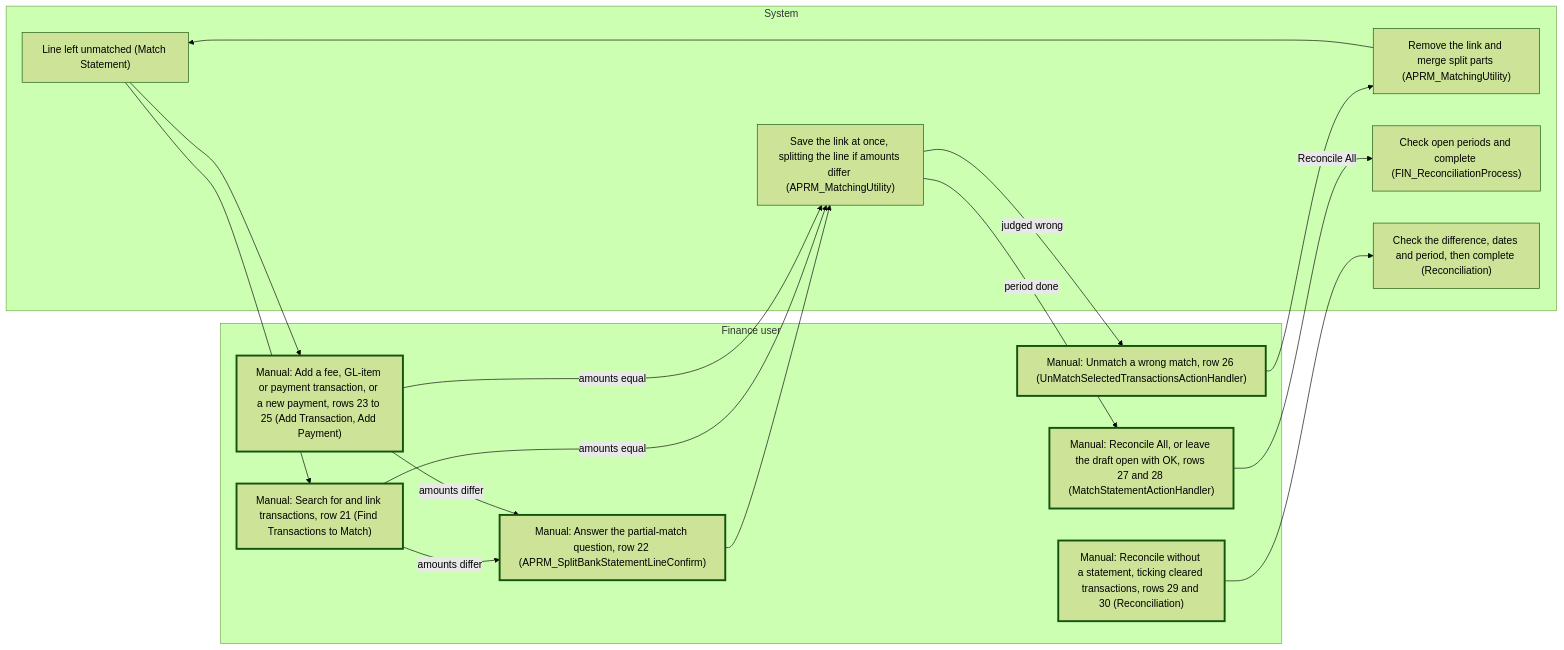
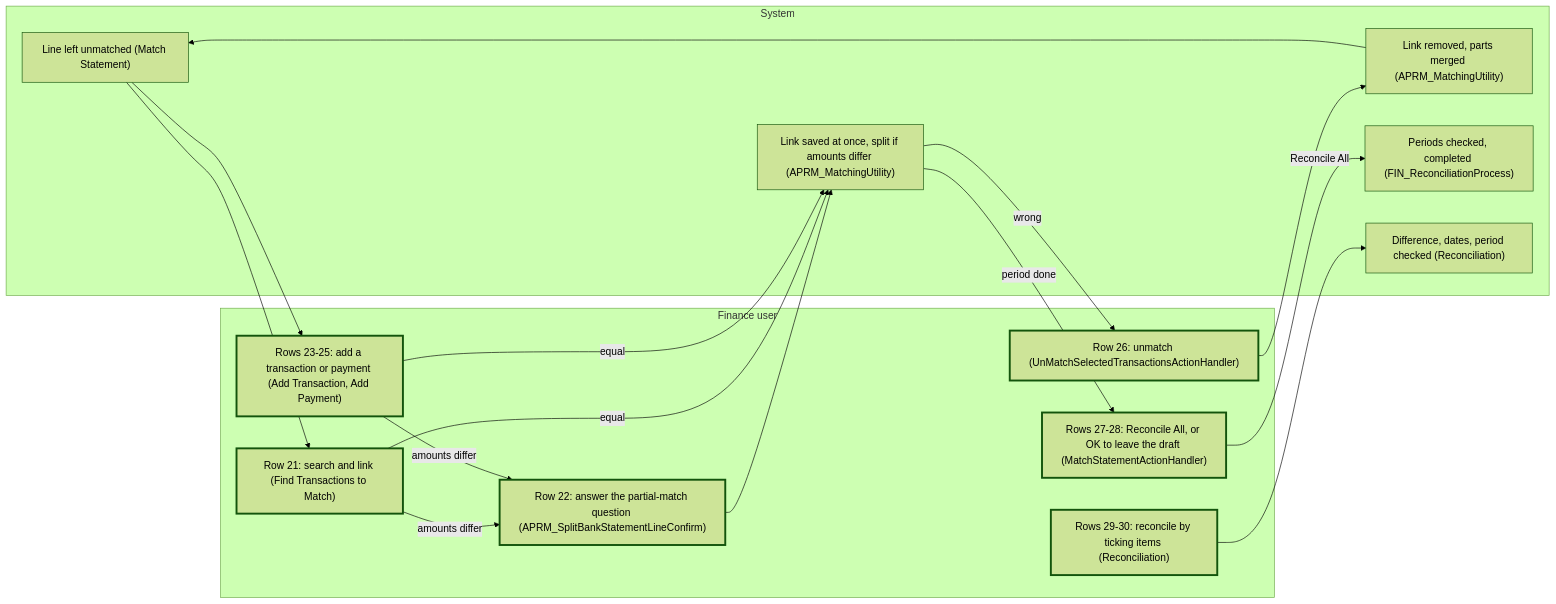
One commit to blitzy-public-samples/openbravo-erp changed the sixth of 9 diagrams in docs/analysis/analysis-1-current-state-reconciliation.md. Above: the diagram before and after it, drawn with Mermaid (forest theme). The commit also changed other lines of this file and 1 other file, not shown here.

````diff
--- a/docs/analysis/analysis-1-current-state-reconciliation.md
+++ b/docs/analysis/analysis-1-current-state-reconciliation.md
@@ -292,33 +292,33 @@
 ```mermaid
 flowchart LR
   subgraph System["System"]
     S1["Line left unmatched (Match Statement)"]
-    S2["Save the link at once, splitting the line if amounts differ (APRM_MatchingUtility)"]
-    S3["Remove the link and merge split parts (APRM_MatchingUtility)"]
-    S4["Check open periods and complete (FIN_ReconciliationProcess)"]
-    S5["Check the difference, dates and period, then complete (Reconciliation)"]
+    S2["Link saved at once, split if amounts differ (APRM_MatchingUtility)"]
+    S3["Link removed, parts merged (APRM_MatchingUtility)"]
+    S4["Periods checked, completed (FIN_ReconciliationProcess)"]
+    S5["Difference, dates, period checked (Reconciliation)"]
   end
   subgraph People["Finance user"]
-    M21["Manual: Search for and link transactions, row 21 (Find Transactions to Match)"]
-    M22["Manual: Answer the partial-match question, row 22 (APRM_SplitBankStatementLineConfirm)"]
-    M23["Manual: Add a fee, GL-item or payment transaction, or a new payment, rows 23 to 25 (Add Transaction, Add Payment)"]
-    M26["Manual: Unmatch a wrong match, row 26 (UnMatchSelectedTransactionsActionHandler)"]
-    M27["Manual: Reconcile All, or leave the draft open with OK, rows 27 and 28 (MatchStatementActionHandler)"]
-    M29["Manual: Reconcile without a statement, ticking cleared transactions, rows 29 and 30 (Reconciliation)"]
+    M21["Row 21: search and link (Find Transactions to Match)"]
+    M22["Row 22: answer the partial-match question (APRM_SplitBankStatementLineConfirm)"]
+    M23["Rows 23-25: add a transaction or payment (Add Transaction, Add Payment)"]
+    M26["Row 26: unmatch (UnMatchSelectedTransactionsActionHandler)"]
+    M27["Rows 27-28: Reconcile All, or OK to leave the draft (MatchStatementActionHandler)"]
+    M29["Rows 29-30: reconcile by ticking items (Reconciliation)"]
   end
   S1 --> M21
   S1 --> M23
   M21 -->|"amounts differ"| M22
   M23 -->|"amounts differ"| M22
   M22 --> S2
-  M21 -->|"amounts equal"| S2
-  M23 -->|"amounts equal"| S2
-  S2 -->|"judged wrong"| M26
+  M21 -->|"equal"| S2
+  M23 -->|"equal"| S2
+  S2 -->|"wrong"| M26
   M26 --> S3
   S3 --> S1
   S2 -->|"period done"| M27
   M27 -->|"Reconcile All"| S4
   M29 --> S5
   classDef manual stroke-width:3px
   class M21,M22,M23,M26,M27,M29 manual
 ```
````
